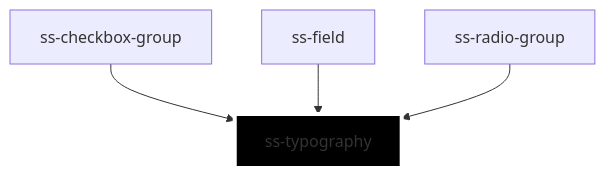
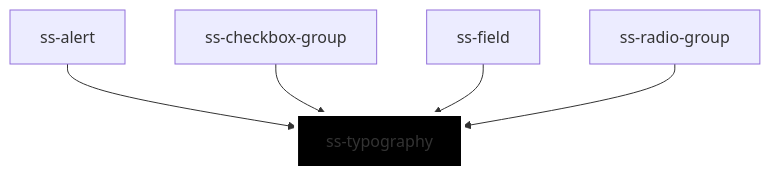
One commit to slice-soft/ss-stencil-web-components-lib changed the diagram in src/components/atoms/ss-typography/readme.md. Above: the diagram before and after it, drawn with Mermaid. The commit also changed other lines of this file and 17 other files, not shown here.

````diff
--- a/src/components/atoms/ss-typography/readme.md
+++ b/src/components/atoms/ss-typography/readme.md
@@ -43,7 +44,8 @@
 ```mermaid
 graph TD;
+  ss-alert --> ss-typography
   ss-checkbox-group --> ss-typography
   ss-field --> ss-typography
   ss-radio-group --> ss-typography
   style ss-typography fill:#000,stroke:#fff,stroke-width:4px
 ```
````
